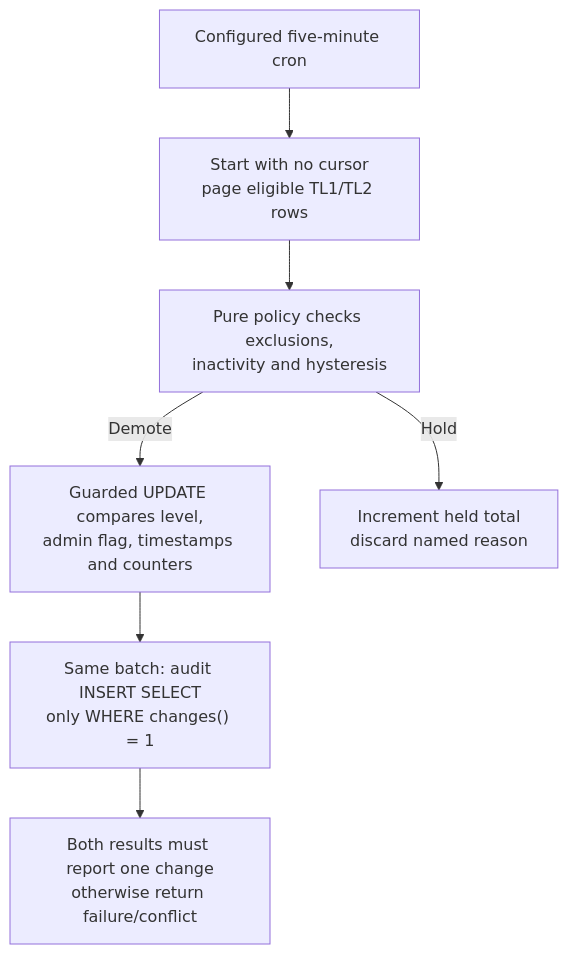
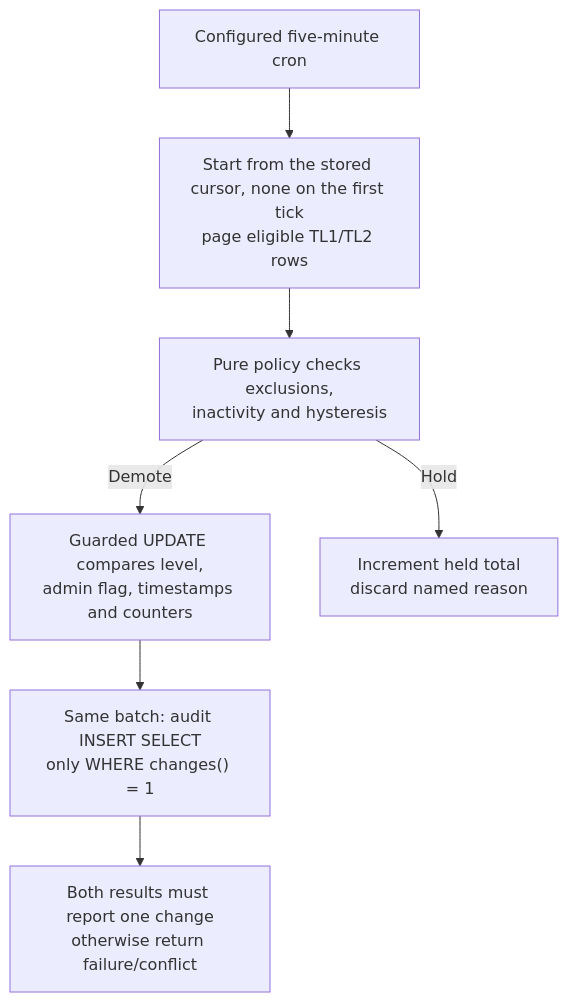
The first of 4 diagrams in docs/diagrams/nostr-rust-forum/24-trust-transition-and-sweep-contracts.md (DreamLab-AI/VisionFlow), drawn with Mermaid before and after one commit. The commit also changed other lines of this file and 59 other files, not shown here.

First line of the commit message:
docs(diagrams): re-derive and re-stamp forum, website, pod, ontomark and sealmap topics

````diff
--- a/docs/diagrams/nostr-rust-forum/24-trust-transition-and-sweep-contracts.md
+++ b/docs/diagrams/nostr-rust-forum/24-trust-transition-and-sweep-contracts.md
@@ -30,18 +30,18 @@
 ```mermaid
 flowchart TB
     %% Source: ../nostr-rust-forum/crates/nostr-bbs-relay-worker/wrangler.toml:123
     A["Configured five-minute cron"]
-    %% Source: ../nostr-rust-forum/crates/nostr-bbs-relay-worker/src/trust_sweep.rs:253
-    B["Start with no cursor<br/>page eligible TL1/TL2 rows"]
+    %% Source: ../nostr-rust-forum/crates/nostr-bbs-relay-worker/src/trust_sweep.rs:544
+    B["Start from the stored cursor, none on the first tick<br/>page eligible TL1/TL2 rows"]
     %% Source: ../nostr-rust-forum/crates/nostr-bbs-relay-worker/src/trust.rs:326
     C["Pure policy checks exclusions,<br/>inactivity and hysteresis"]
-    %% Source: ../nostr-rust-forum/crates/nostr-bbs-relay-worker/src/trust_sweep.rs:418
+    %% Source: ../nostr-rust-forum/crates/nostr-bbs-relay-worker/src/trust_sweep.rs:434
     D["Guarded UPDATE compares level,<br/>admin flag, timestamps and counters"]
-    %% Source: ../nostr-rust-forum/crates/nostr-bbs-relay-worker/src/trust_sweep.rs:425
+    %% Source: ../nostr-rust-forum/crates/nostr-bbs-relay-worker/src/trust_sweep.rs:441
     E["Same batch: audit INSERT SELECT<br/>only WHERE changes() = 1"]
-    %% Source: ../nostr-rust-forum/crates/nostr-bbs-relay-worker/src/trust_sweep.rs:503
+    %% Source: ../nostr-rust-forum/crates/nostr-bbs-relay-worker/src/trust_sweep.rs:519
     F["Both results must report one change<br/>otherwise return failure/conflict"]
     A --> B --> C -->|Demote| D --> E --> F
-    %% Source: ../nostr-rust-forum/crates/nostr-bbs-relay-worker/src/trust_sweep.rs:281
+    %% Source: ../nostr-rust-forum/crates/nostr-bbs-relay-worker/src/trust_sweep.rs:297
     C -->|Hold| H["Increment held total<br/>discard named reason"]
 ```
````
